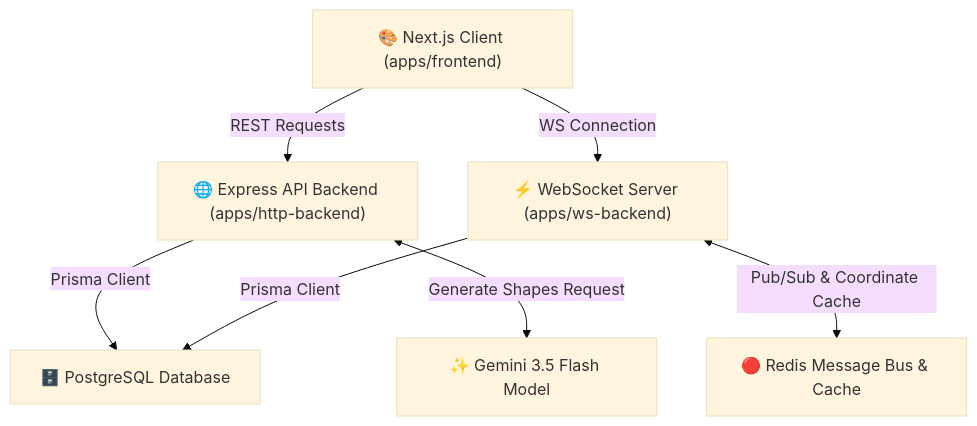
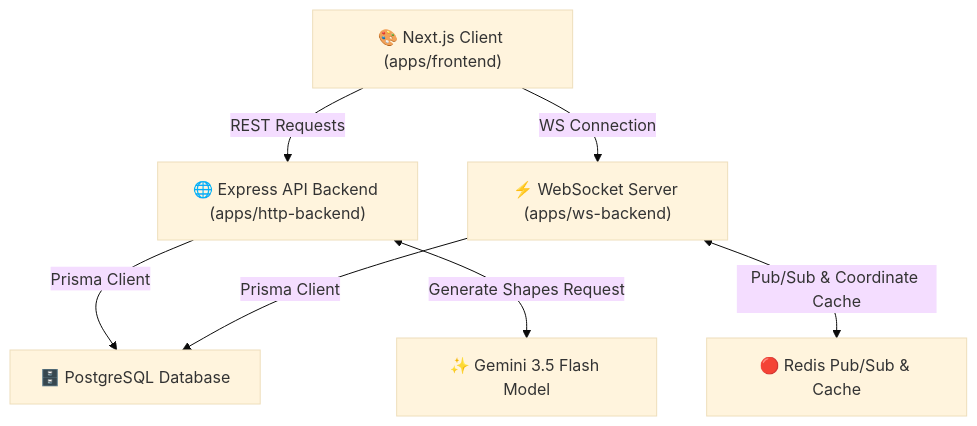
Before and after one commit to manmohan0/Drawer: the diagram in README.md, drawn with Mermaid (base theme). The commit also changed other lines of this file and 1 other file, not shown here.

````diff
--- a/README.md
+++ b/README.md
@@ -11,16 +58,16 @@
 ```mermaid
 graph TD
     Client["🎨 Next.js Client (apps/frontend)"]
     HTTP["🌐 Express API Backend (apps/http-backend)"]
     WS["⚡ WebSocket Server (apps/ws-backend)"]
     DB["🗄️ PostgreSQL Database"]
-    Redis["🔴 Redis Message Bus & Cache"]
+    Redis["🔴 Redis Pub/Sub & Cache"]
     Gemini["✨ Gemini 3.5 Flash Model"]
 
     Client -->|REST Requests| HTTP
     Client -->|WS Connection| WS
     HTTP -->|Prisma Client| DB
     WS -->|Prisma Client| DB
     WS <-->|Pub/Sub & Coordinate Cache| Redis
     HTTP <-->|Generate Shapes Request| Gemini
 ```
````
